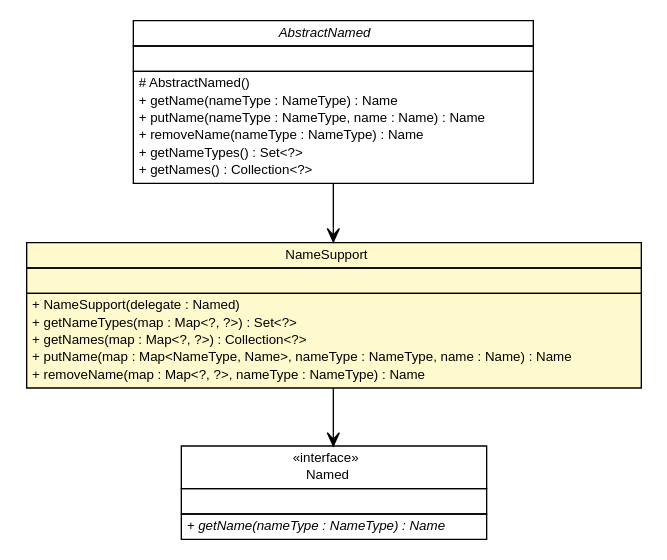
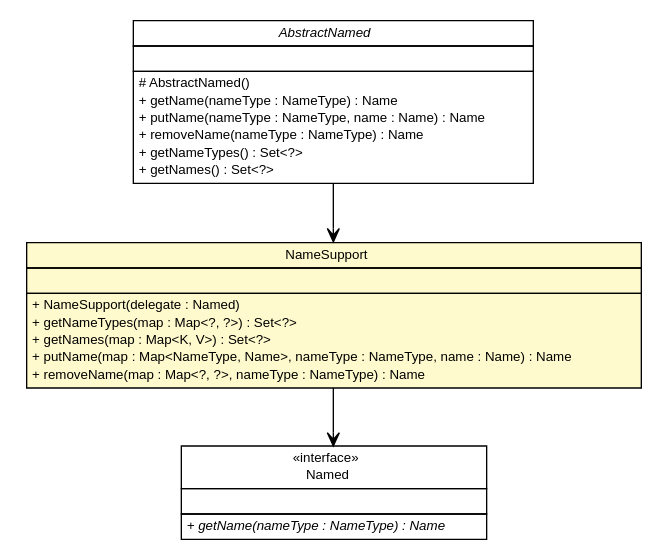
One commit to ljnelson/nomen changed the diagram in apidocs/com/edugility/nomen/NameSupport.dot. Above: the diagram before and after it, drawn with Graphviz. The commit also changed 96 other files, not shown here.

```diff
--- a/apidocs/com/edugility/nomen/NameSupport.dot
+++ b/apidocs/com/edugility/nomen/NameSupport.dot
@@ -1,62 +1,62 @@
 #!/usr/local/bin/dot
 #
 # Class diagram 
 # Generated by UMLGraph version R5_6-24-gf6e263 (http://www.umlgraph.org/)
 #
 
 digraph G {
 	edge [fontname="Helvetica",fontsize=10,labelfontname="Helvetica",labelfontsize=10];
 	node [fontname="Helvetica",fontsize=10,shape=plaintext];
 	nodesep=0.25;
 	ranksep=0.5;
 	// com.edugility.nomen.NameSupport
 	c135 [label=<<table title="com.edugility.nomen.NameSupport" border="0" cellborder="1" cellspacing="0" cellpadding="2" port="p" bgcolor="lemonChiffon" href="./NameSupport.html">
 		<tr><td><table border="0" cellspacing="0" cellpadding="1">
 <tr><td align="center" balign="center"> NameSupport </td></tr>
 		</table></td></tr>
 		<tr><td><table border="0" cellspacing="0" cellpadding="1">
 <tr><td align="left" balign="left">  </td></tr>
 		</table></td></tr>
 		<tr><td><table border="0" cellspacing="0" cellpadding="1">
 <tr><td align="left" balign="left"> + NameSupport(delegate : Named) </td></tr>
 <tr><td align="left" balign="left"> + getNameTypes(map : Map&lt;?, ?&gt;) : Set&lt;?&gt; </td></tr>
-<tr><td align="left" balign="left"> + getNames(map : Map&lt;?, ?&gt;) : Collection&lt;?&gt; </td></tr>
+<tr><td align="left" balign="left"> + getNames(map : Map&lt;K, V&gt;) : Set&lt;?&gt; </td></tr>
 <tr><td align="left" balign="left"> + putName(map : Map&lt;NameType, Name&gt;, nameType : NameType, name : Name) : Name </td></tr>
 <tr><td align="left" balign="left"> + removeName(map : Map&lt;?, ?&gt;, nameType : NameType) : Name </td></tr>
 		</table></td></tr>
 		</table>>, URL="./NameSupport.html", fontname="Helvetica", fontcolor="black", fontsize=10.0];
 	// com.edugility.nomen.Named
 	c137 [label=<<table title="com.edugility.nomen.Named" border="0" cellborder="1" cellspacing="0" cellpadding="2" port="p" href="./Named.html">
 		<tr><td><table border="0" cellspacing="0" cellpadding="1">
 <tr><td align="center" balign="center"> &#171;interface&#187; </td></tr>
 <tr><td align="center" balign="center"> Named </td></tr>
 		</table></td></tr>
 		<tr><td><table border="0" cellspacing="0" cellpadding="1">
 <tr><td align="left" balign="left">  </td></tr>
 		</table></td></tr>
 		<tr><td><table border="0" cellspacing="0" cellpadding="1">
 <tr><td align="left" balign="left"><font face="Helvetica-Oblique" point-size="10.0"> + getName(nameType : NameType) : Name </font></td></tr>
 		</table></td></tr>
 		</table>>, URL="./Named.html", fontname="Helvetica", fontcolor="black", fontsize=10.0];
 	// com.edugility.nomen.AbstractNamed
 	c141 [label=<<table title="com.edugility.nomen.AbstractNamed" border="0" cellborder="1" cellspacing="0" cellpadding="2" port="p" href="./AbstractNamed.html">
 		<tr><td><table border="0" cellspacing="0" cellpadding="1">
 <tr><td align="center" balign="center"><font face="Helvetica-Oblique"> AbstractNamed </font></td></tr>
 		</table></td></tr>
 		<tr><td><table border="0" cellspacing="0" cellpadding="1">
 <tr><td align="left" balign="left">  </td></tr>
 		</table></td></tr>
 		<tr><td><table border="0" cellspacing="0" cellpadding="1">
 <tr><td align="left" balign="left"> # AbstractNamed() </td></tr>
 <tr><td align="left" balign="left"> + getName(nameType : NameType) : Name </td></tr>
 <tr><td align="left" balign="left"> + putName(nameType : NameType, name : Name) : Name </td></tr>
 <tr><td align="left" balign="left"> + removeName(nameType : NameType) : Name </td></tr>
 <tr><td align="left" balign="left"> + getNameTypes() : Set&lt;?&gt; </td></tr>
-<tr><td align="left" balign="left"> + getNames() : Collection&lt;?&gt; </td></tr>
+<tr><td align="left" balign="left"> + getNames() : Set&lt;?&gt; </td></tr>
 		</table></td></tr>
 		</table>>, URL="./AbstractNamed.html", fontname="Helvetica", fontcolor="black", fontsize=10.0];
 	// com.edugility.nomen.NameSupport NAVASSOC com.edugility.nomen.Named
 	c135:p -> c137:p [taillabel="", label="", headlabel="", fontname="Helvetica", fontcolor="black", fontsize=10.0, color="black", arrowhead=open];
 	// com.edugility.nomen.AbstractNamed NAVASSOC com.edugility.nomen.NameSupport
 	c141:p -> c135:p [taillabel="", label="", headlabel="", fontname="Helvetica", fontcolor="black", fontsize=10.0, color="black", arrowhead=open];
 }
```
